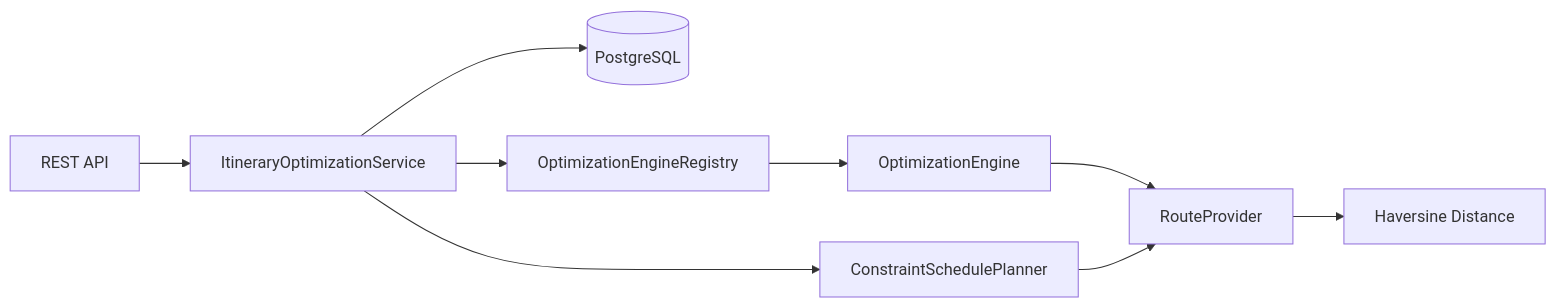
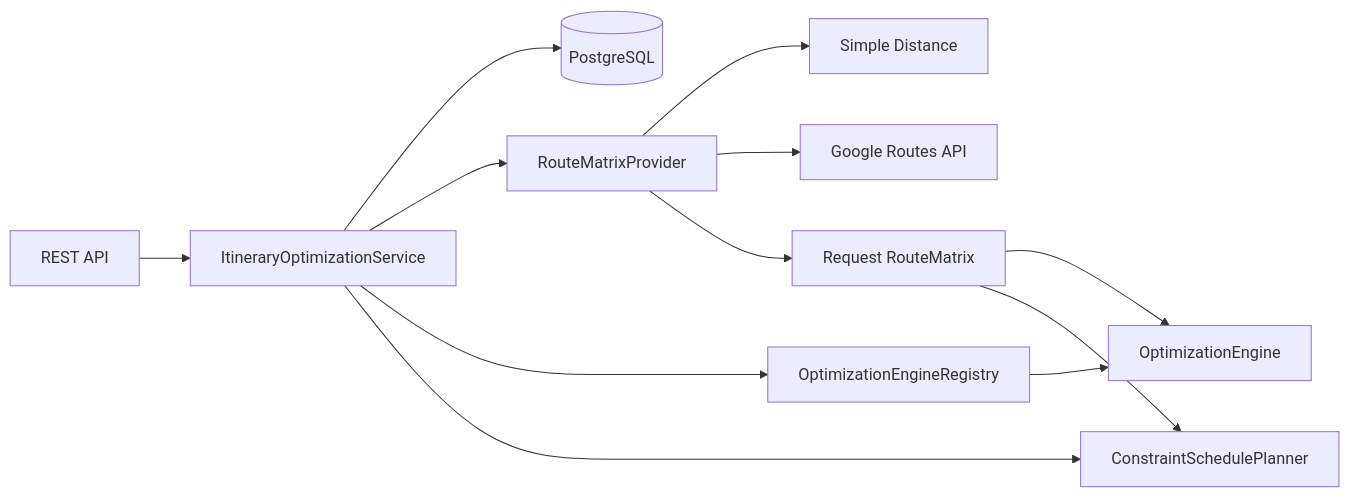
One commit to sungjuun/RoutePlan changed the first of 2 diagrams in README.md. Above: the diagram before and after it, drawn with Mermaid. The commit also changed other lines of this file and 2 other files, not shown here.

Commit message:
docs: V4 외부 provider와 route matrix 설계 기록

````diff
--- a/README.md
+++ b/README.md
@@ -81,11 +92,14 @@
 ```mermaid
 flowchart LR
     API[REST API] --> APP[ItineraryOptimizationService]
     APP --> DB[(PostgreSQL)]
+    APP --> MATRIX[RouteMatrixProvider]
+    MATRIX --> SIMPLE[Simple Distance]
+    MATRIX --> GOOGLE[Google Routes API]
     APP --> REGISTRY[OptimizationEngineRegistry]
     REGISTRY --> ENGINE[OptimizationEngine]
-    ENGINE --> ROUTE[RouteProvider]
-    ROUTE --> DISTANCE[Haversine Distance]
+    MATRIX --> ROUTE[Request RouteMatrix]
+    ROUTE --> ENGINE
     APP --> PLANNER[ConstraintSchedulePlanner]
-    PLANNER --> ROUTE
+    ROUTE --> PLANNER
 ```
````
